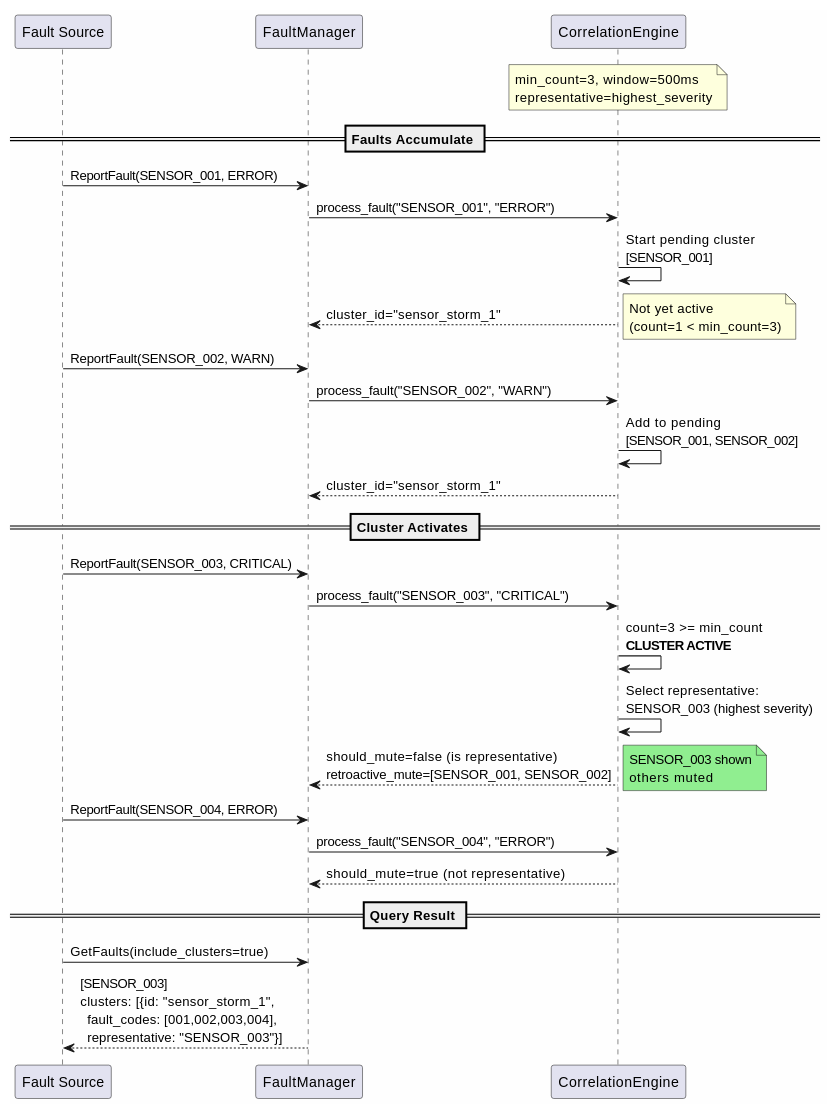
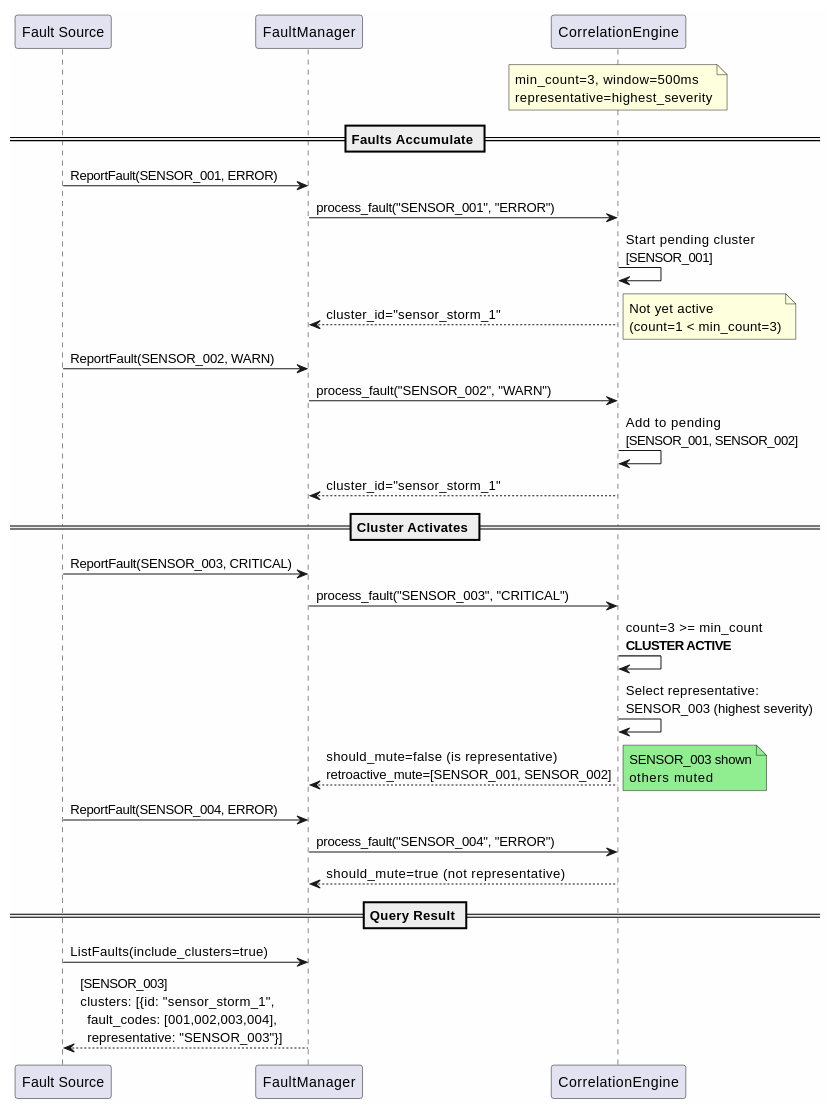
The second of 2 diagrams in docs/tutorials/fault-correlation.rst (eclipse0922/ros2_medkit), drawn with PlantUML before and after one commit. The commit also changed other lines of this file and 29 other files, not shown here.

First line of the commit message:
refactor: rename GetFaults → ListFaults and GetRosbags → ListRosbags

```diff
--- a/docs/tutorials/fault-correlation.rst
+++ b/docs/tutorials/fault-correlation.rst
@@ -83,39 +83,39 @@
 .. uml::
 
    @startuml
    skinparam backgroundColor #FEFEFE
 
    participant "Fault Source" as src
    participant "FaultManager" as fm
    participant "CorrelationEngine" as ce
 
    note over ce: min_count=3, window=500ms\nrepresentative=highest_severity
 
    == Faults Accumulate ==
    src -> fm: ReportFault(SENSOR_001, ERROR)
    fm -> ce: process_fault("SENSOR_001", "ERROR")
    ce -> ce: Start pending cluster\n[SENSOR_001]
    ce --> fm: cluster_id="sensor_storm_1"
    note right: Not yet active\n(count=1 < min_count=3)
 
    src -> fm: ReportFault(SENSOR_002, WARN)
    fm -> ce: process_fault("SENSOR_002", "WARN")
    ce -> ce: Add to pending\n[SENSOR_001, SENSOR_002]
    ce --> fm: cluster_id="sensor_storm_1"
 
    == Cluster Activates ==
    src -> fm: ReportFault(SENSOR_003, CRITICAL)
    fm -> ce: process_fault("SENSOR_003", "CRITICAL")
    ce -> ce: count=3 >= min_count\n**CLUSTER ACTIVE**
    ce -> ce: Select representative:\nSENSOR_003 (highest severity)
    ce --> fm: should_mute=false (is representative)\nretroactive_mute=[SENSOR_001, SENSOR_002]
    note right #LightGreen: SENSOR_003 shown\nothers muted
 
    src -> fm: ReportFault(SENSOR_004, ERROR)
    fm -> ce: process_fault("SENSOR_004", "ERROR")
    ce --> fm: should_mute=true (not representative)
 
    == Query Result ==
-   src -> fm: GetFaults(include_clusters=true)
+   src -> fm: ListFaults(include_clusters=true)
    fm --> src: [SENSOR_003]\nclusters: [{id: "sensor_storm_1",\n  fault_codes: [001,002,003,004],\n  representative: "SENSOR_003"}]
    @enduml
```
